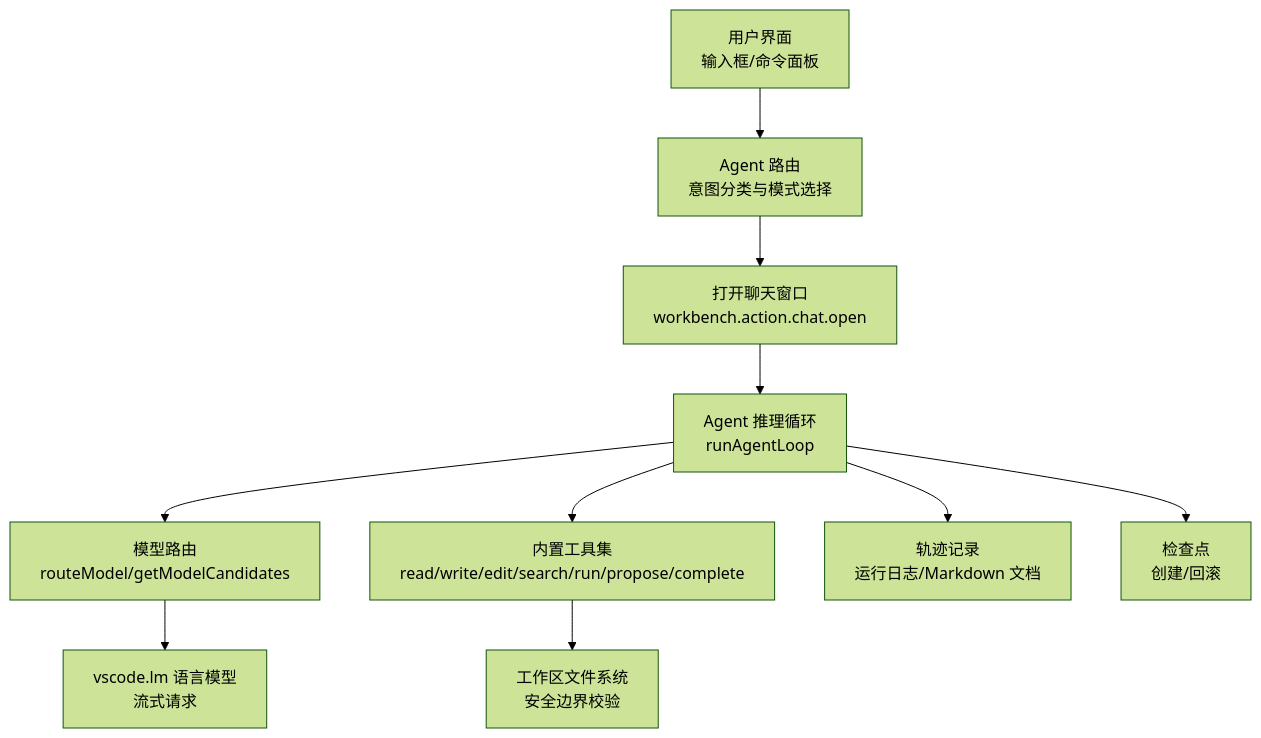
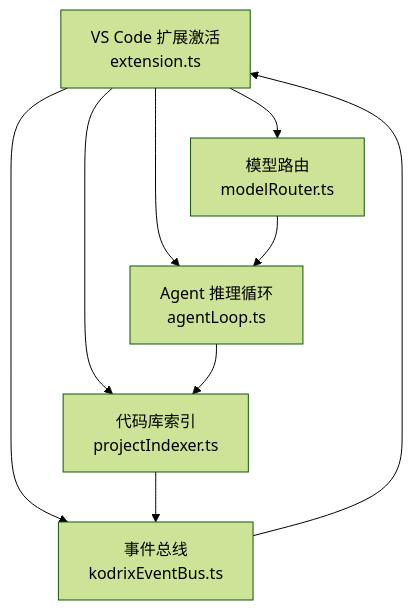
Before and after one commit to sofate798/KodrixCode: the first of 10 diagrams in .qoder/repowiki/zh/content/架构设计/数据流设计.md, drawn with Mermaid (forest theme). The commit also changed other lines of this file and 178 other files, not shown here.

````diff
--- a/.qoder/repowiki/zh/content/架构设计/数据流设计.md
+++ b/.qoder/repowiki/zh/content/架构设计/数据流设计.md
@@ -43,12 +42,11 @@
 ```mermaid
 graph TB
-UI["用户界面<br/>输入框/命令面板"] --> Router["Agent 路由<br/>意图分类与模式选择"]
-Router --> ChatOpen["打开聊天窗口<br/>workbench.action.chat.open"]
-ChatOpen --> Loop["Agent 推理循环<br/>runAgentLoop"]
-Loop --> ModelRoute["模型路由<br/>routeModel/getModelCandidates"]
-ModelRoute --> LM["vscode.lm 语言模型<br/>流式请求"]
-Loop --> Tools["内置工具集<br/>read/write/edit/search/run/propose/complete"]
-Tools --> FS["工作区文件系统<br/>安全边界校验"]
-Loop --> Trace["轨迹记录<br/>运行日志/Markdown 文档"]
-Loop --> Checkpoint["检查点<br/>创建/回滚"]
+A["VS Code 扩展激活<br/>extension.ts"] --> B["模型路由<br/>modelRouter.ts"]
+A --> C["Agent 推理循环<br/>agentLoop.ts"]
+A --> D["代码库索引<br/>projectIndexer.ts"]
+A --> E["事件总线<br/>kodrixEventBus.ts"]
+B --> C
+C --> D
+D --> E
+E --> A
 ```
````
